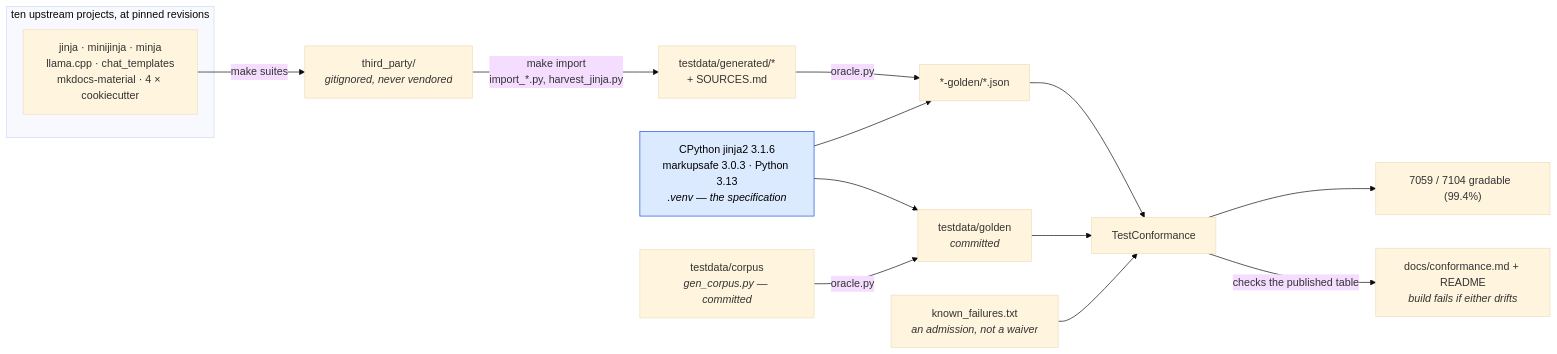
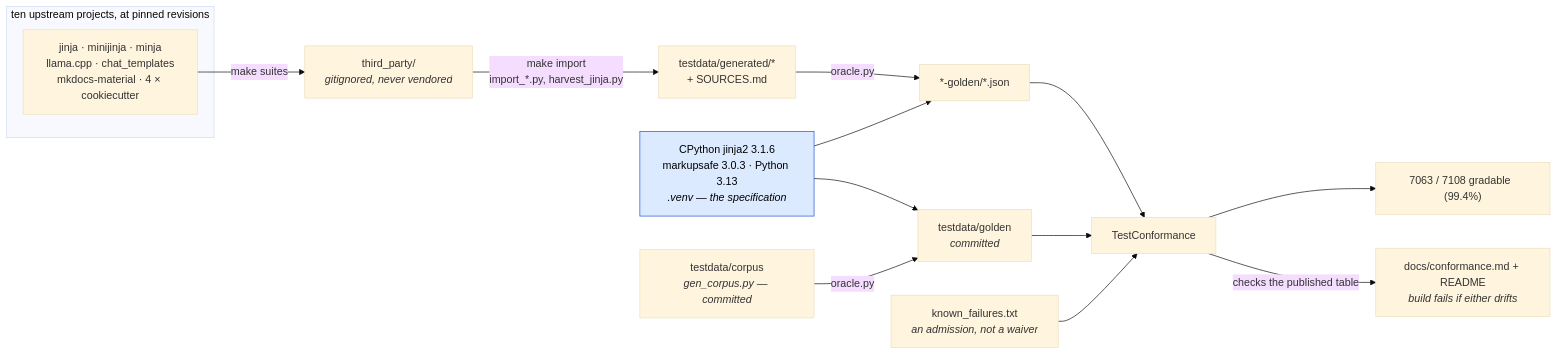
The first of 2 diagrams in docs/conformance.md (mgilbir/gojja2), drawn with Mermaid (base theme) before and after one commit. The commit also changed other lines of this file and 16 other files, not shown here.

````diff
--- a/docs/conformance.md
+++ b/docs/conformance.md
@@ -17,24 +17,24 @@
 ```mermaid
 flowchart LR
     subgraph up["ten upstream projects, at pinned revisions"]
         U1["jinja · minijinja · minja<br/>llama.cpp · chat_templates<br/>mkdocs-material · 4 × cookiecutter"]
     end
     U1 -->|"make suites"| TP["third_party/<br/><i>gitignored, never vendored</i>"]
     TP -->|"make import<br/>import_*.py, harvest_jinja.py"| GEN["testdata/generated/*<br/>+ SOURCES.md"]
 
     ORA["CPython jinja2 3.1.6<br/>markupsafe 3.0.3 · Python 3.13<br/><i>.venv — the specification</i>"]
     GEN -->|"oracle.py"| G2["*-golden/*.json"]
     ORA --> G2
 
     OWN["testdata/corpus<br/><i>gen_corpus.py — committed</i>"] -->|"oracle.py"| G1["testdata/golden<br/><i>committed</i>"]
     ORA --> G1
 
     G1 --> TC["TestConformance"]
     G2 --> TC
     KF["known_failures.txt<br/><i>an admission, not a waiver</i>"] --> TC
-    TC --> RATE["7059 / 7104 gradable  (99.4%)"]
+    TC --> RATE["7063 / 7108 gradable  (99.4%)"]
     TC -->|"checks the published table"| RM["docs/conformance.md + README<br/><i>build fails if either drifts</i>"]
 
     classDef spec fill:#dbeafe,stroke:#1d4ed8,color:#000
     class ORA spec
 ```
````
